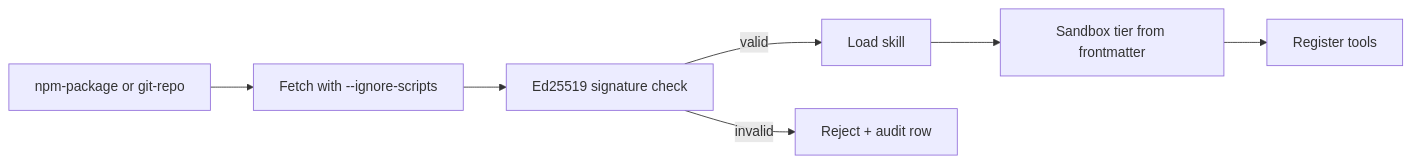
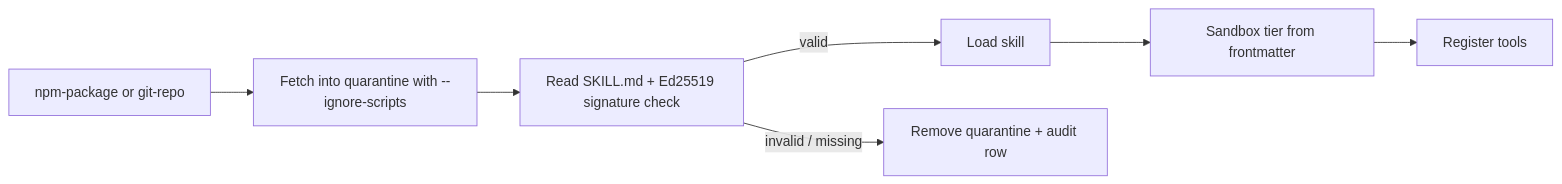
The diagram in documentation/guide/skills.md (o-stepper/graphorin), drawn with Mermaid before and after one commit. The commit also changed other lines of this file and 10 other files, not shown here.

````diff
--- a/documentation/guide/skills.md
+++ b/documentation/guide/skills.md
@@ -126,9 +126,9 @@
 ```mermaid
 flowchart LR
-    Source[npm-package or git-repo] --> Fetch[Fetch with --ignore-scripts]
-    Fetch --> Signature[Ed25519 signature check]
+    Source[npm-package or git-repo] --> Fetch[Fetch into quarantine with --ignore-scripts]
+    Fetch --> Signature[Read SKILL.md + Ed25519 signature check]
     Signature -->|valid| Load[Load skill]
-    Signature -->|invalid| Reject[Reject + audit row]
+    Signature -->|invalid / missing| Reject[Remove quarantine + audit row]
     Load --> Sandbox[Sandbox tier from frontmatter]
     Sandbox --> Registry[Register tools]
 ```
````
